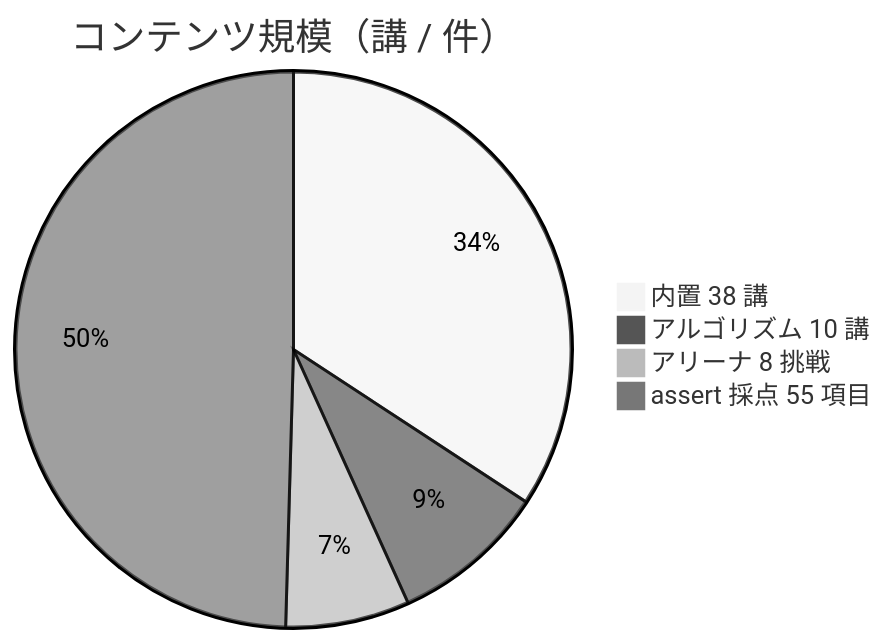
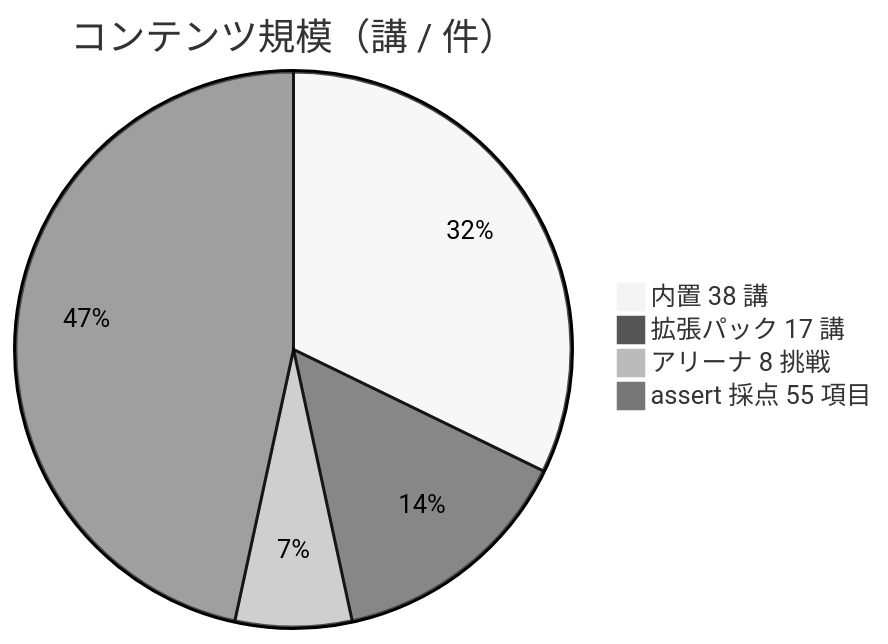
Before and after one commit to Morningstar202604/mashang: the third of 4 diagrams in README.ja-JP.md, drawn with Mermaid (neutral theme). The commit also changed other lines of this file and 56 other files, not shown here.

First line of the commit message:
fix(ui): 逐屏巡检修复 12 项界面缺陷 + 重制全部截图与演示视频

````diff
--- a/README.ja-JP.md
+++ b/README.ja-JP.md
@@ -91,7 +91,7 @@
 ```mermaid
 pie title コンテンツ規模（講 / 件）
     "内置 38 講" : 38
-    "アルゴリズム 10 講" : 10
+    "拡張パック 17 講" : 17
     "アリーナ 8 挑戦" : 8
     "assert 採点 55 項目" : 55
 ```
````
